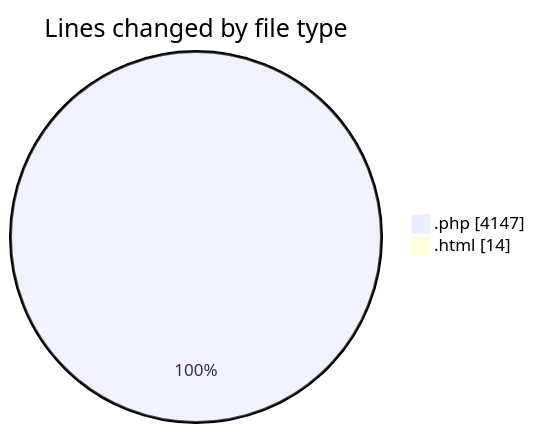
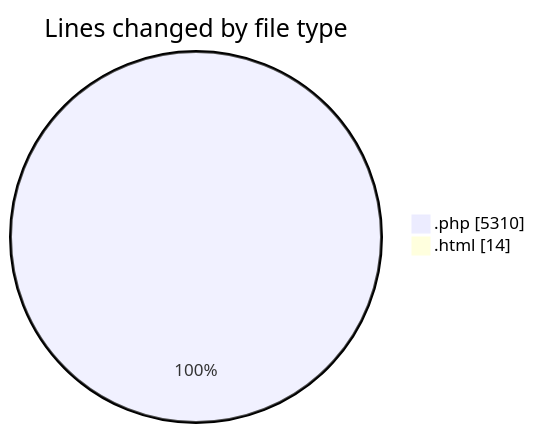
One commit to vahidmafi/code-tracking changed the first of 2 diagrams in 2025-09-13/shop/README.md. Above: the diagram before and after it, drawn with Mermaid. The commit also changed other lines of this file and 1 other file, not shown here.

````diff
--- a/2025-09-13/shop/README.md
+++ b/2025-09-13/shop/README.md
@@ -22,6 +23,6 @@
 ```mermaid
 pie showData
 title Lines changed by file type
-".php" : 4147
+".php" : 5310
 ".html" : 14
 ```
````
